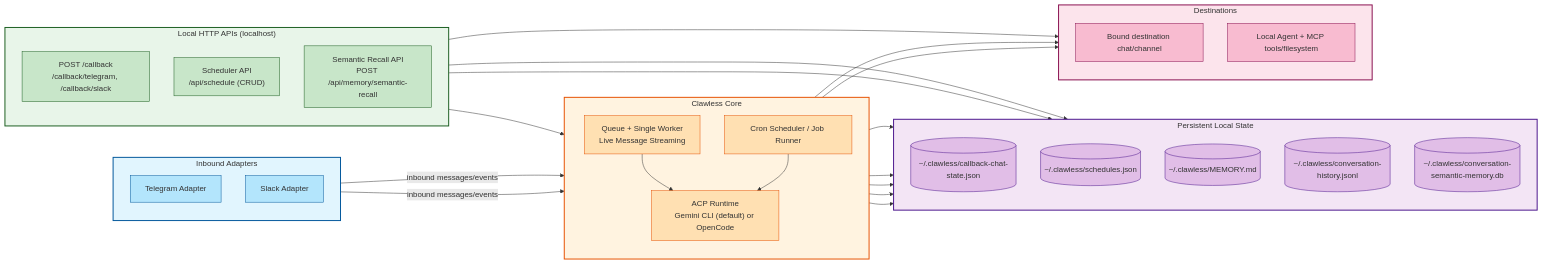
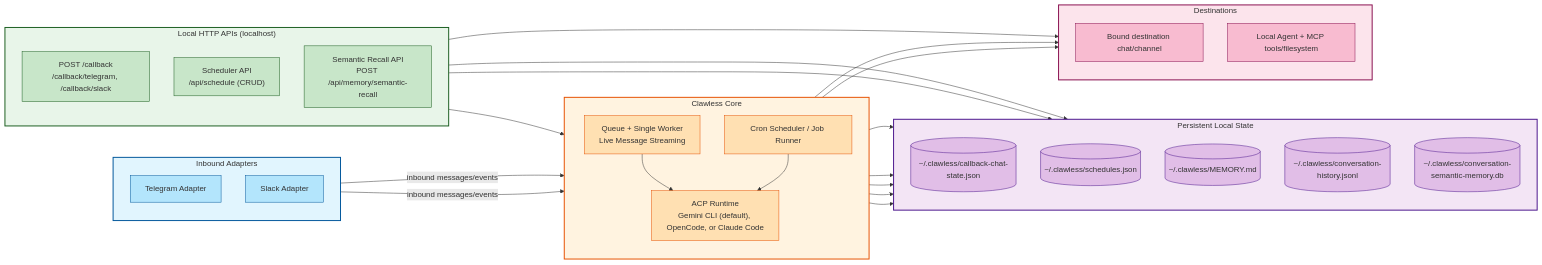
One commit to HainanZhao/Clawless changed the diagram in README.md. Above: the diagram before and after it, drawn with Mermaid. The commit also changed other lines of this file and 8 other files, not shown here.

Commit message:
fix: added support for claude code

````diff
--- a/README.md
+++ b/README.md
@@ -71,75 +70,75 @@
 ```mermaid
 flowchart LR
   subgraph IN["Inbound Adapters"]
     direction TB
     TG[Telegram Adapter]
     SL[Slack Adapter]
   end
 
   subgraph CORE["Clawless Core"]
     direction TB
     Q["Queue + Single Worker<br/>Live Message Streaming"]
-    ACP["ACP Runtime<br/>Gemini CLI (default) or OpenCode"]
+    ACP["ACP Runtime<br/>Gemini CLI (default), OpenCode, or Claude Code"]
     CRON[Cron Scheduler / Job Runner]
   end
 
   subgraph API["Local HTTP APIs (localhost)"]
     direction TB
     CB["POST /callback<br/>/callback/telegram, /callback/slack"]
     SA["Scheduler API<br/>/api/schedule (CRUD)"]
     SR["Semantic Recall API<br/>POST /api/memory/semantic-recall"]
   end
 
   subgraph STATE["Persistent Local State"]
     direction TB
     CHAT[(~/.clawless/callback-chat-state.json)]
     SCH[(~/.clawless/schedules.json)]
     MEM[(~/.clawless/MEMORY.md)]
     HIST[(~/.clawless/conversation-history.jsonl)]
     SEM[(~/.clawless/conversation-semantic-memory.db)]
   end
 
   subgraph OUT["Destinations"]
     direction TB
     DEST[Bound destination chat/channel]
     AGENT[Local Agent + MCP tools/filesystem]
   end
 
   TG -->|inbound messages/events| Q
   SL -->|inbound messages/events| Q
 
   Q --> ACP
   ACP --> AGENT
   ACP --> MEM
   Q --> HIST
 
   SA --> CRON
   CRON --> ACP
   CRON --> SCH
   ACP --> SEM
   SR --> SEM
 
   CB --> CHAT
   CB --> DEST
   Q --> CHAT
   Q --> DEST
 
   %% Color Styling
   style IN fill:#e1f5fe,stroke:#01579b,stroke-width:2px
   style CORE fill:#fff3e0,stroke:#e65100,stroke-width:2px
   style API fill:#e8f5e9,stroke:#1b5e20,stroke-width:2px
   style STATE fill:#f3e5f5,stroke:#4a148c,stroke-width:2px
   style OUT fill:#fce4ec,stroke:#880e4f,stroke-width:2px
 
   classDef inboundNode fill:#b3e5fc,stroke:#01579b
   classDef coreNode fill:#ffe0b2,stroke:#e65100
   classDef apiNode fill:#c8e6c9,stroke:#1b5e20
   classDef stateNode fill:#e1bee7,stroke:#4a148c
   classDef outNode fill:#f8bbd0,stroke:#880e4f
 
   class TG,SL inboundNode
   class Q,ACP,CRON coreNode
   class CB,SA,SR apiNode
   class CHAT,SCH,MEM,HIST,SEM stateNode
   class DEST,AGENT outNode
 ```
````
